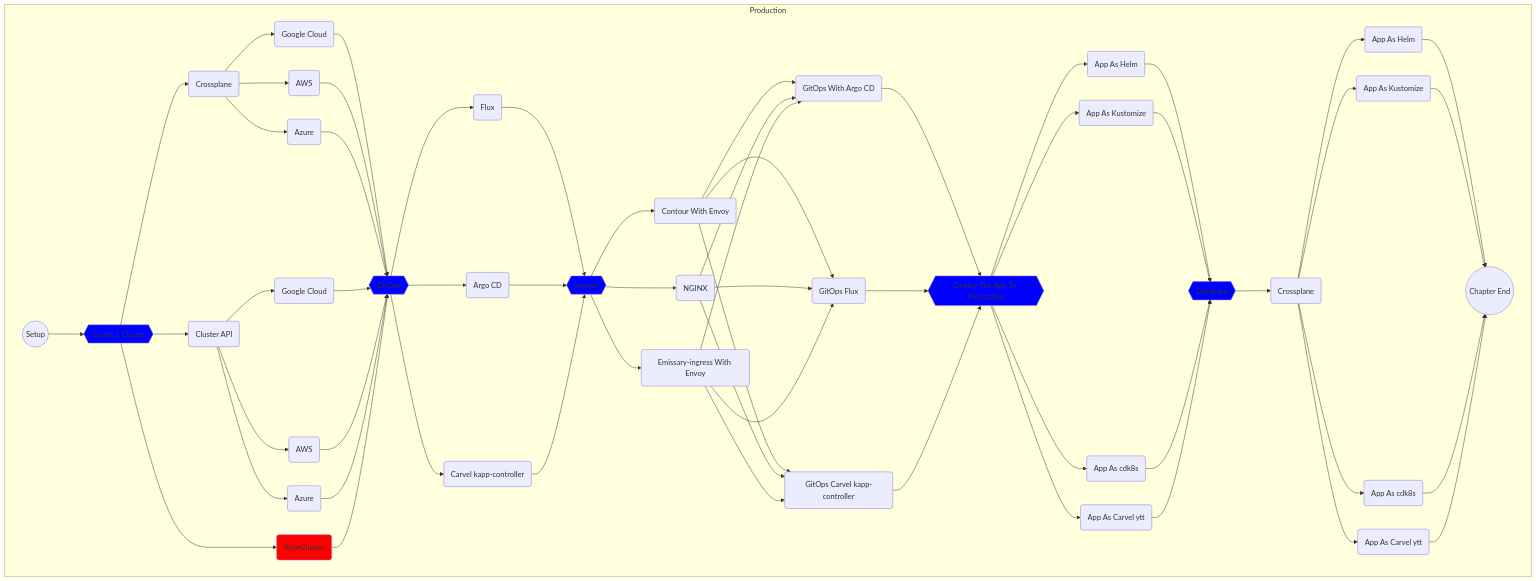
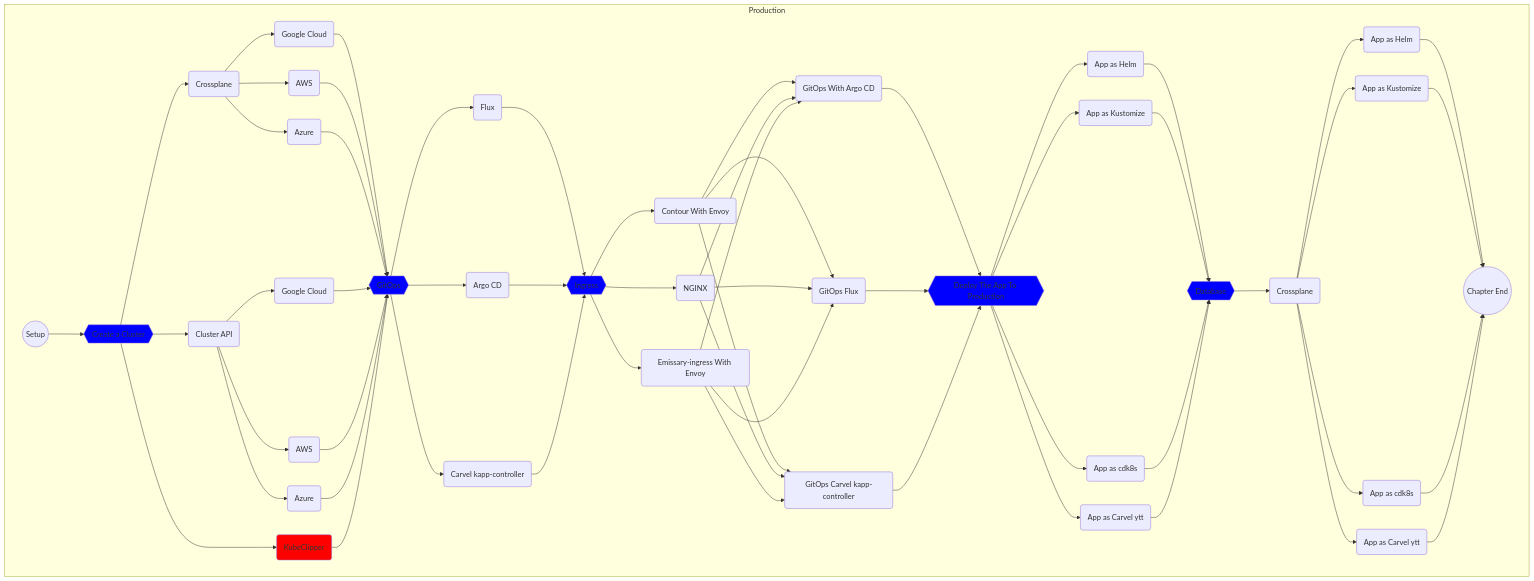
The third of 11 diagrams in solution.md (vfarcic/cncf-demo), drawn with Mermaid before and after one commit. The commit also changed other lines of this file and 13 other files, not shown here.

```diff
--- a/solution.md
+++ b/solution.md
@@ -269,13 +271,13 @@
         app{{Deploy The App To Production}}
         click app "https://github.com/vfarcic/cncf-demo/blob/main/manuscript/app/README.md"
         style app fill:blue
-        app-helm(App As Helm)
+        app-helm(App as Helm)
         click app-helm "https://github.com/vfarcic/cncf-demo/blob/main/manuscript/app/helm.md"
-        app-kustomize(App As Kustomize)
+        app-kustomize(App as Kustomize)
         click app-kustomize "https://github.com/vfarcic/cncf-demo/blob/main/manuscript/app/kustomize.md"
-        app-cdk8s(App As cdk8s)
+        app-cdk8s(App as cdk8s)
         click app-cdk8s "https://github.com/vfarcic/cncf-demo/blob/main/manuscript/app/cdk8s.md"
-        app-carvel(App As Carvel ytt)
+        app-carvel(App as Carvel ytt)
         click app-carvel "https://github.com/vfarcic/cncf-demo/blob/main/manuscript/app/carvel.md"
         app --> app-helm & app-kustomize & app-cdk8s & app-carvel --> db-production
 
@@ -287,13 +289,13 @@
         style db-production fill:blue
         db-production-crossplane(Crossplane)
         click db-production-crossplane "https://github.com/vfarcic/cncf-demo/blob/main/manuscript/db-production/crossplane.md"
-        db-production-helm(App As Helm)
+        db-production-helm(App as Helm)
         click db-production-helm "https://github.com/vfarcic/cncf-demo/blob/main/manuscript/db-production/helm.md"
-        db-production-kustomize(App As Kustomize)
+        db-production-kustomize(App as Kustomize)
         click db-production-kustomize "https://github.com/vfarcic/cncf-demo/blob/main/manuscript/db-production/kustomize.md"
-        db-production-cdk8s(App As cdk8s)
+        db-production-cdk8s(App as cdk8s)
         click db-production-cdk8s "https://github.com/vfarcic/cncf-demo/blob/main/manuscript/db-production/cdk8s.md"
-        db-production-carvel(App As Carvel ytt)
+        db-production-carvel(App as Carvel ytt)
         click db-production-carvel "https://github.com/vfarcic/cncf-demo/blob/main/manuscript/db-production/carvel.md"
         db-production --> db-production-crossplane --> db-production-helm & db-production-kustomize & db-production-cdk8s & db-production-carvel --> prod-done
 
```
